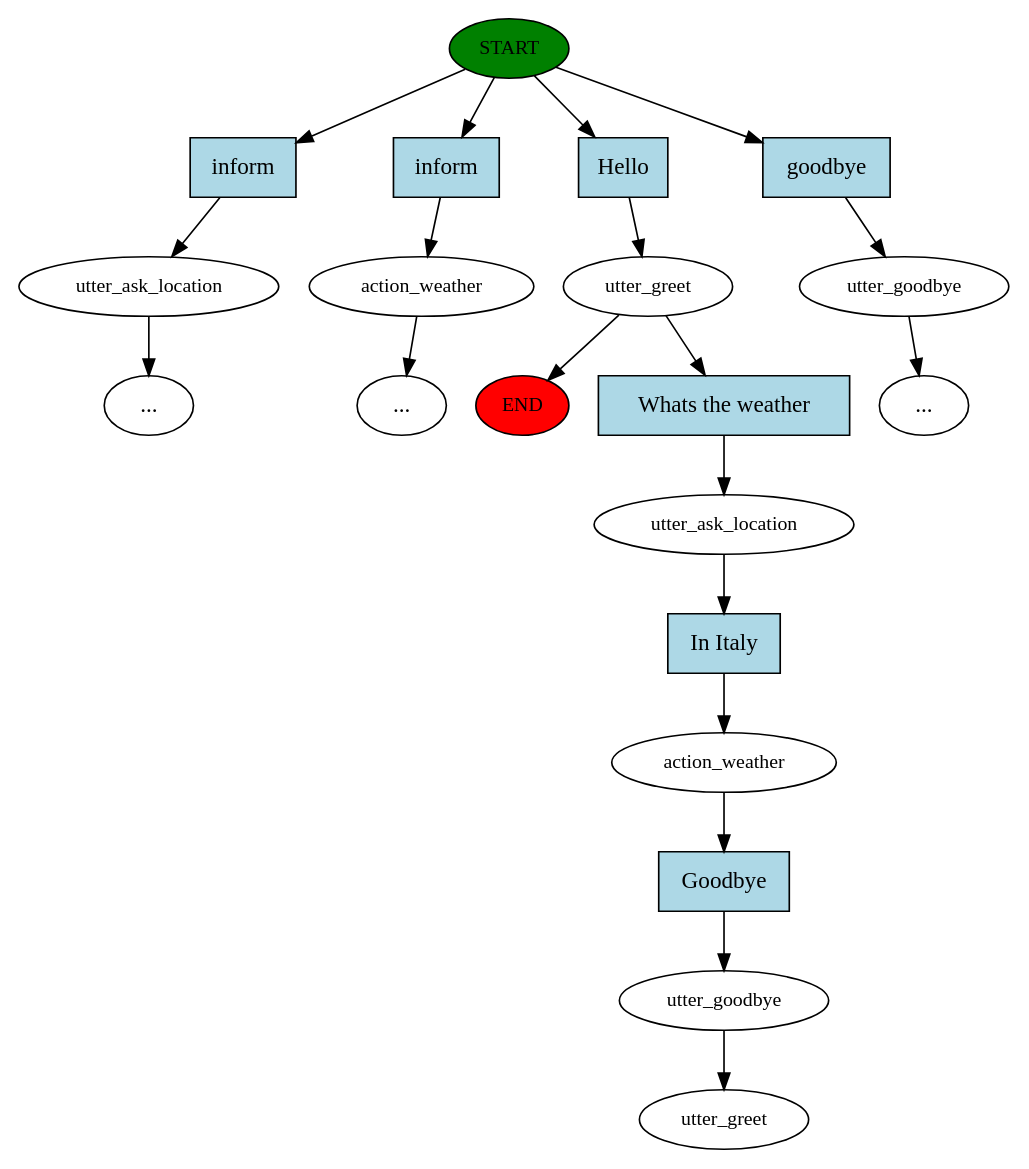
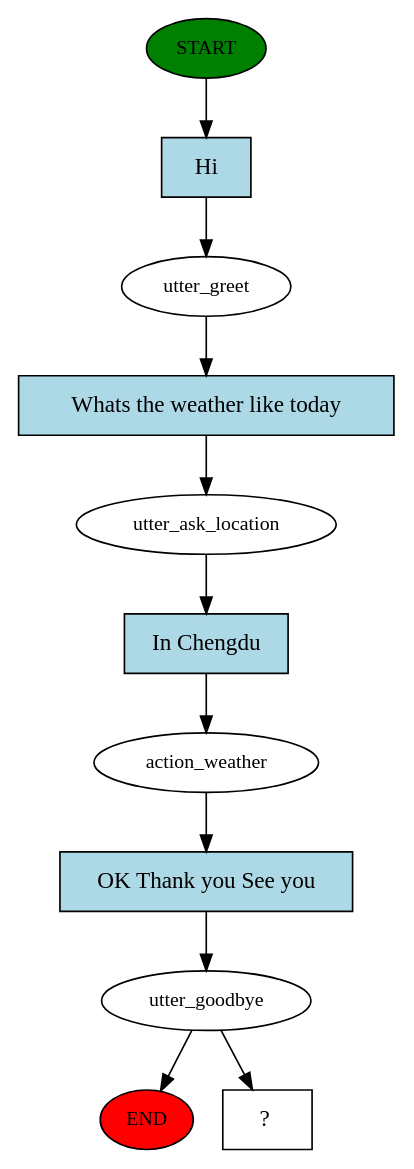
Before and after one commit to ChikkaUdayaSai/rasa_bot: the diagram in story_graph.dot, drawn with Graphviz. The commit also changed 3 other files, not shown here.

```diff
--- a/story_graph.dot
+++ b/story_graph.dot
@@ -1,41 +1,23 @@
 digraph  {
 0 [class="start active", fillcolor=green, fontsize=12, label=START, style=filled];
 "-1" [class=end, fillcolor=red, fontsize=12, label=END, style=filled];
-1 [class="", fontsize=12, label=utter_ask_location];
-"-3" [class=ellipsis, label="..."];
-2 [class="", fontsize=12, label=action_weather];
-"-4" [class=ellipsis, label="..."];
-3 [class=active, fontsize=12, label=utter_greet];
-4 [class="", fontsize=12, label=utter_goodbye];
-"-5" [class=ellipsis, label="..."];
-6 [class=active, fontsize=12, label=utter_ask_location];
-7 [class=active, fontsize=12, label=action_weather];
-8 [class=active, fontsize=12, label=utter_goodbye];
-9 [class="dashed active", fontsize=12, label=utter_greet];
-10 [class=intent, fillcolor=lightblue, label=inform, shape=rect, style=filled];
-11 [class=intent, fillcolor=lightblue, label=inform, shape=rect, style=filled];
-12 [class="intent active", fillcolor=lightblue, label=Hello, shape=rect, style=filled];
-13 [class=intent, fillcolor=lightblue, label=goodbye, shape=rect, style=filled];
-14 [class="intent active", fillcolor=lightblue, label="Whats the weather", shape=rect, style=filled];
-15 [class="intent active", fillcolor=lightblue, label="In Italy", shape=rect, style=filled];
-16 [class="intent active", fillcolor=lightblue, label=Goodbye, shape=rect, style=filled];
-0 -> 10  [class="", key=0];
-0 -> 11  [class="", key=0];
-0 -> 12  [class=active, key=0];
-0 -> 13  [class="", key=0];
-1 -> "-3"  [class="", key=NONE, label=""];
-2 -> "-4"  [class="", key=NONE, label=""];
-3 -> "-1"  [class="", key=NONE, label=""];
-3 -> 14  [class=active, key=0];
-4 -> "-5"  [class="", key=NONE, label=""];
-6 -> 15  [class=active, key=0];
-7 -> 16  [class=active, key=0];
-8 -> 9  [class=active, key=NONE, label=""];
-10 -> 1  [class="", key=0];
-11 -> 2  [class="", key=0];
+1 [class=active, fontsize=12, label=utter_greet];
+2 [class=active, fontsize=12, label=utter_ask_location];
+3 [class=active, fontsize=12, label=action_weather];
+4 [class=active, fontsize=12, label=utter_goodbye];
+9 [class="intent dashed active", label="  ?  ", shape=rect];
+10 [class="intent active", fillcolor=lightblue, label=Hi, shape=rect, style=filled];
+11 [class="intent active", fillcolor=lightblue, label="Whats the weather like today", shape=rect, style=filled];
+12 [class="intent active", fillcolor=lightblue, label="In Chengdu", shape=rect, style=filled];
+13 [class="intent active", fillcolor=lightblue, label="OK Thank you See you", shape=rect, style=filled];
+0 -> 10  [class=active, key=0];
+1 -> 11  [class=active, key=0];
+2 -> 12  [class=active, key=0];
+3 -> 13  [class=active, key=0];
+4 -> "-1"  [class="", key=NONE, label=""];
+4 -> 9  [class=active, key=NONE, label=""];
+10 -> 1  [class=active, key=0];
+11 -> 2  [class=active, key=0];
 12 -> 3  [class=active, key=0];
-13 -> 4  [class="", key=0];
-14 -> 6  [class=active, key=0];
-15 -> 7  [class=active, key=0];
-16 -> 8  [class=active, key=0];
+13 -> 4  [class=active, key=0];
 }
```
